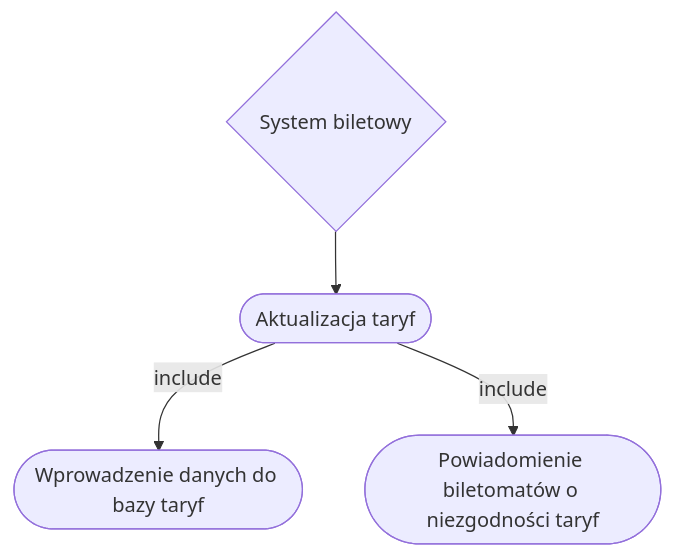
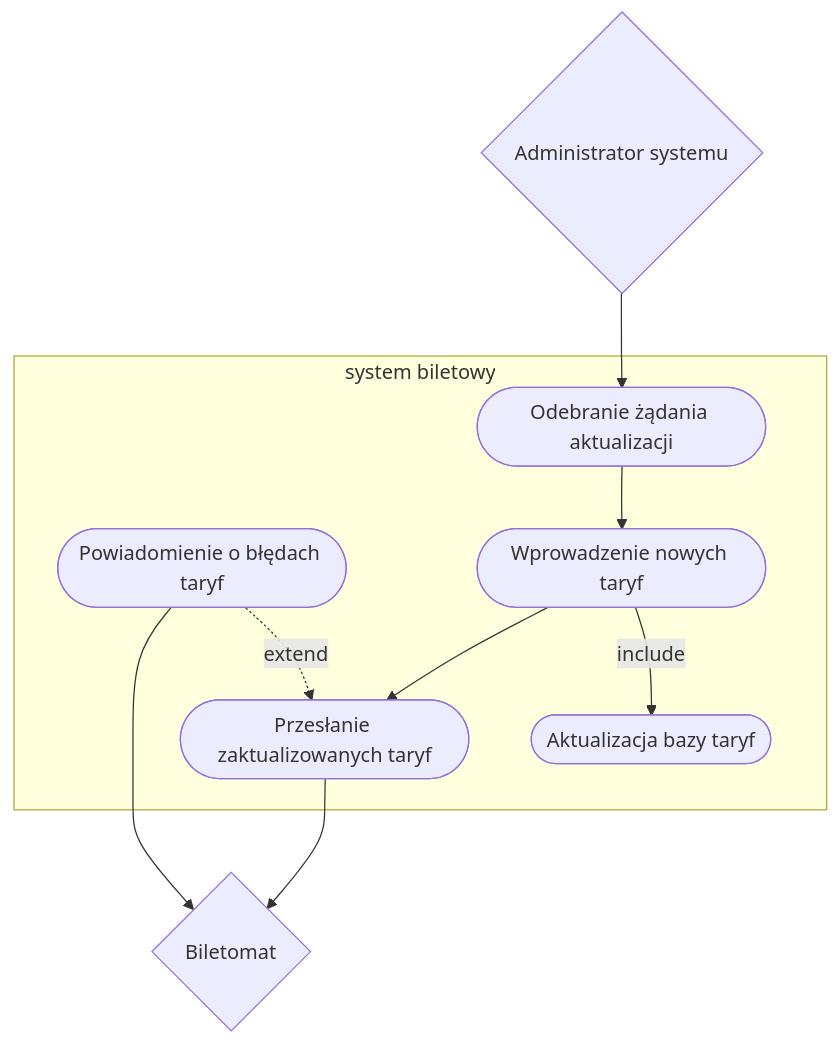
The first of 3 diagrams in system-biletowy.md (pilukal/MWO), drawn with Mermaid before and after one commit.

Commit message:
Update system-biletowy.md
poprawiono przypadek użycia aktualizacji taryf

````diff
--- a/system-biletowy.md
+++ b/system-biletowy.md
@@ -10,11 +10,25 @@
 ```mermaid
 flowchart TD
-    System_biletowy{System biletowy}
-    Akualizacja_taryf([Aktualizacja taryf])
-    Wprowadzenie_danych_do_bazy_taryf([Wprowadzenie danych do bazy taryf])
-    Powiadomienie_biletomatów_o_niezgodności_taryf([Powiadomienie biletomatów o niezgodności taryf])
+    
+    Administrator_systemu{Administrator systemu}
+    Biletomat{Biletomat}
 
-    System_biletowy --> Akualizacja_taryf
-    Akualizacja_taryf --> |include| Wprowadzenie_danych_do_bazy_taryf
-    Akualizacja_taryf --> |include| Powiadomienie_biletomatów_o_niezgodności_taryf
+    Administrator_systemu --> Odebranie_zadania_aktualizacji
+    Przeslanie_zaktualizowanych_taryf --> Biletomat
+    Powiadomienie_o_bledach_taryf --> Biletomat
+
+    subgraph system biletowy
+    
+    Odebranie_zadania_aktualizacji([Odebranie żądania aktualizacji])
+    Wprowadzenie_nowych_taryf([Wprowadzenie nowych taryf])
+    Przeslanie_zaktualizowanych_taryf([Przesłanie zaktualizowanych taryf])
+    Aktualizacja_bazy_taryf([Aktualizacja bazy taryf])
+    Powiadomienie_o_bledach_taryf([Powiadomienie o błędach taryf])
+
+
+    Odebranie_zadania_aktualizacji --> Wprowadzenie_nowych_taryf
+    Wprowadzenie_nowych_taryf --> Przeslanie_zaktualizowanych_taryf
+    Wprowadzenie_nowych_taryf --> |include| Aktualizacja_bazy_taryf
+    Powiadomienie_o_bledach_taryf -.-> |extend| Przeslanie_zaktualizowanych_taryf
+    end
 ```
````
